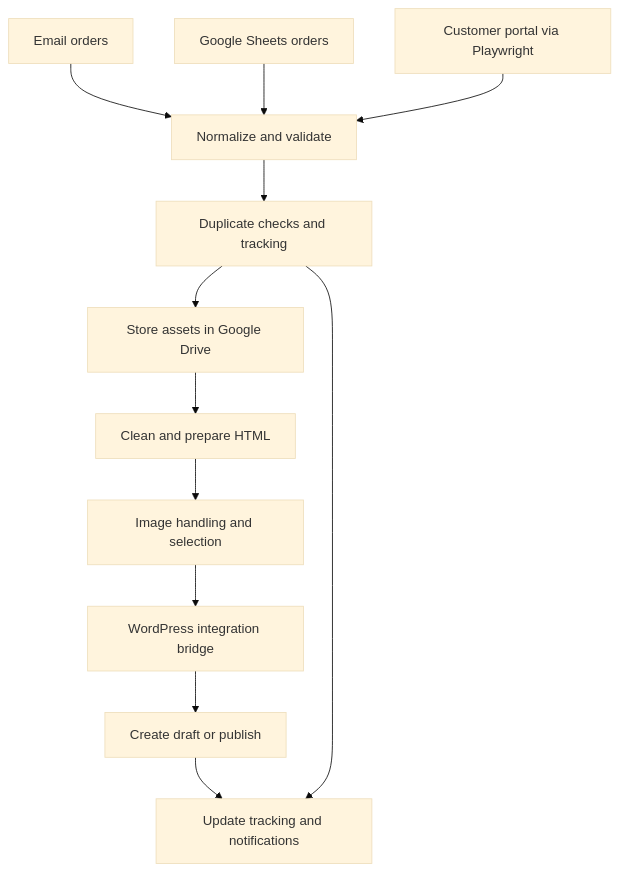
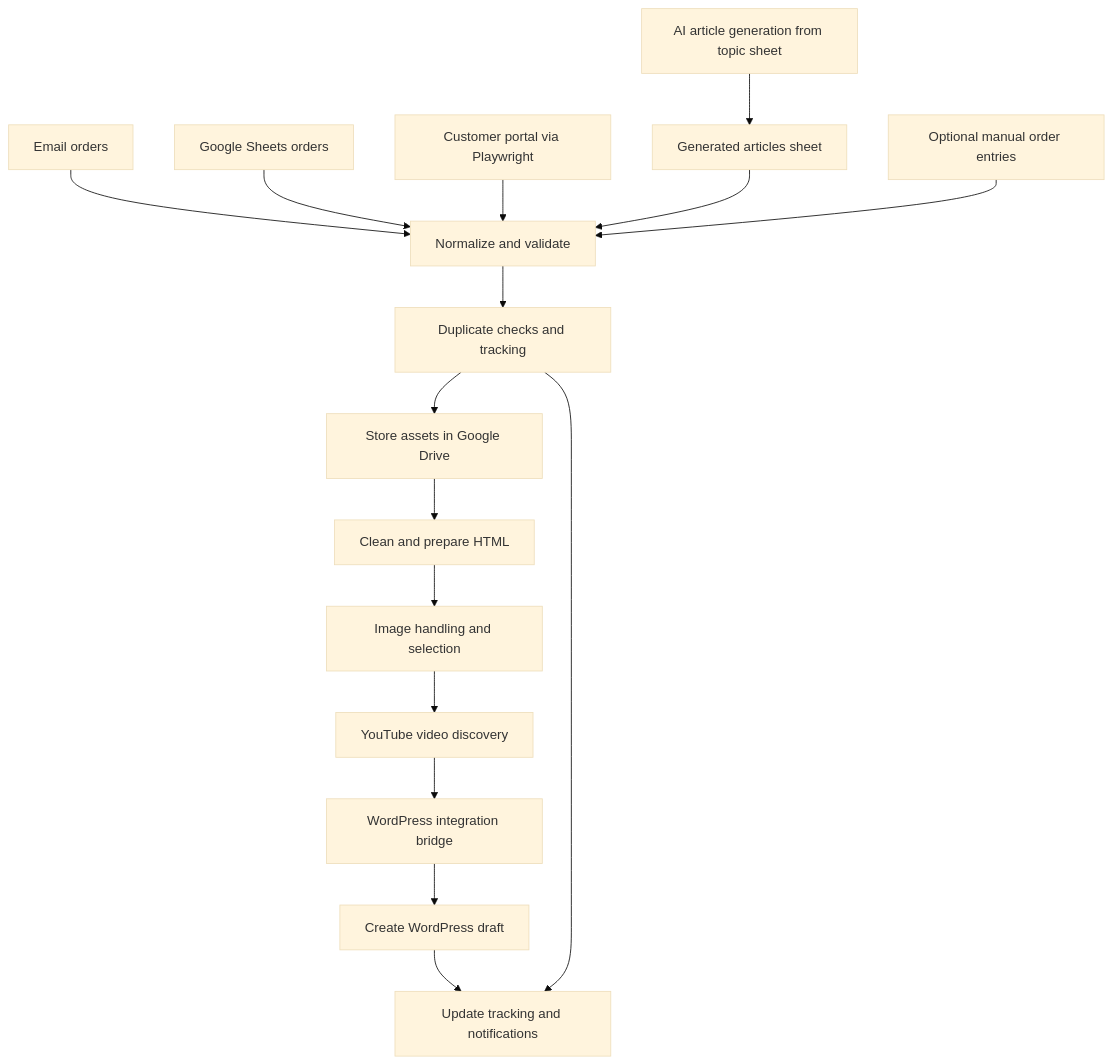
The diagram in README.md (llapperre/business-workflow-automation), drawn with Mermaid (base theme) before and after one commit. The commit also changed other lines of this file, not shown here.

Commit message:
Update case study with AI article source, YouTube videos and unattended drafts

````diff
--- a/README.md
+++ b/README.md
@@ -23,14 +23,18 @@
 ```mermaid
 flowchart TD
     A[Email orders] --> D[Normalize and validate]
     B[Google Sheets orders] --> D
     C[Customer portal via Playwright] --> D
+    X[AI article generation from topic sheet] --> Y[Generated articles sheet]
+    Y --> D
+    M[Optional manual order entries] --> D
     D --> E[Duplicate checks and tracking]
     E --> F[Store assets in Google Drive]
     F --> G[Clean and prepare HTML]
     G --> H[Image handling and selection]
-    H --> I[WordPress integration bridge]
-    I --> J[Create draft or publish]
+    H --> V[YouTube video discovery]
+    V --> I[WordPress integration bridge]
+    I --> J[Create WordPress draft]
     J --> K[Update tracking and notifications]
     E --> K
 ```
````
